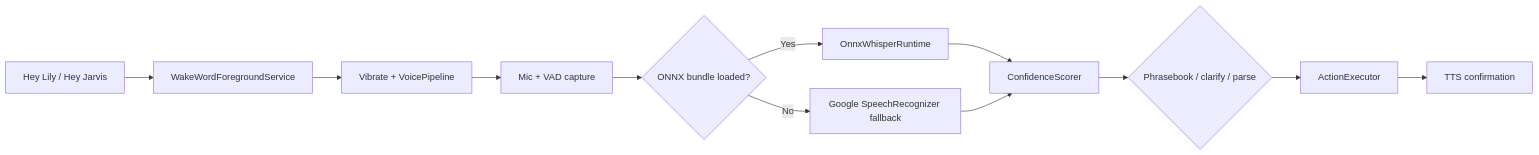
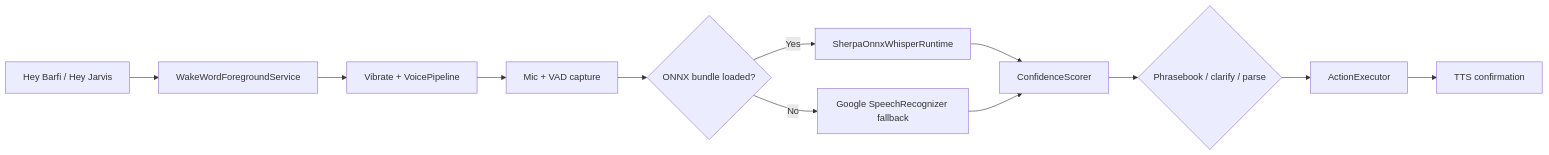
Before and after one commit to Anushka13-bit/Vaani: the fifth of 6 diagrams in README.md, drawn with Mermaid. The commit also changed other lines of this file, not shown here.

First line of the commit message:
Update README with the full sherpa-onnx/wake-word architecture

````diff
--- a/README.md
+++ b/README.md
@@ -140,14 +177,14 @@
 ```mermaid
 flowchart LR
-    A["Hey Lily / Hey Jarvis"] --> B[WakeWordForegroundService]
+    A["Hey Barfi / Hey Jarvis"] --> B[WakeWordForegroundService]
     B --> C[Vibrate + VoicePipeline]
     C --> D[Mic + VAD capture]
     D --> E{ONNX bundle loaded?}
-    E -->|Yes| F[OnnxWhisperRuntime]
+    E -->|Yes| F[SherpaOnnxWhisperRuntime]
     E -->|No| G[Google SpeechRecognizer fallback]
     F --> H[ConfidenceScorer]
     G --> H
     H --> I{Phrasebook / clarify / parse}
     I --> J[ActionExecutor]
     J --> K[TTS confirmation]
 ```
````
